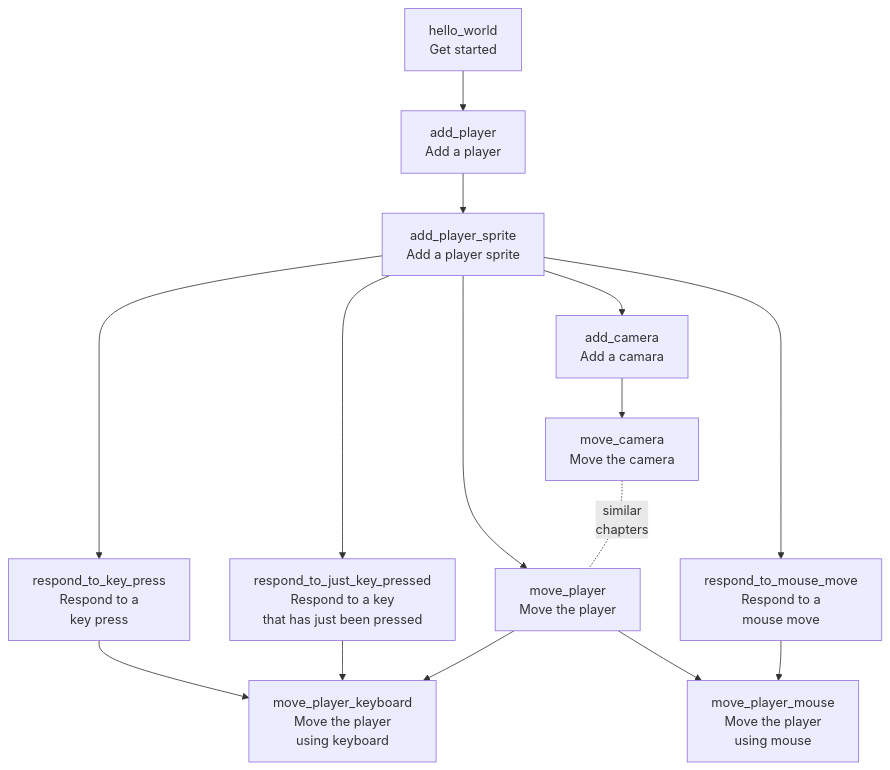
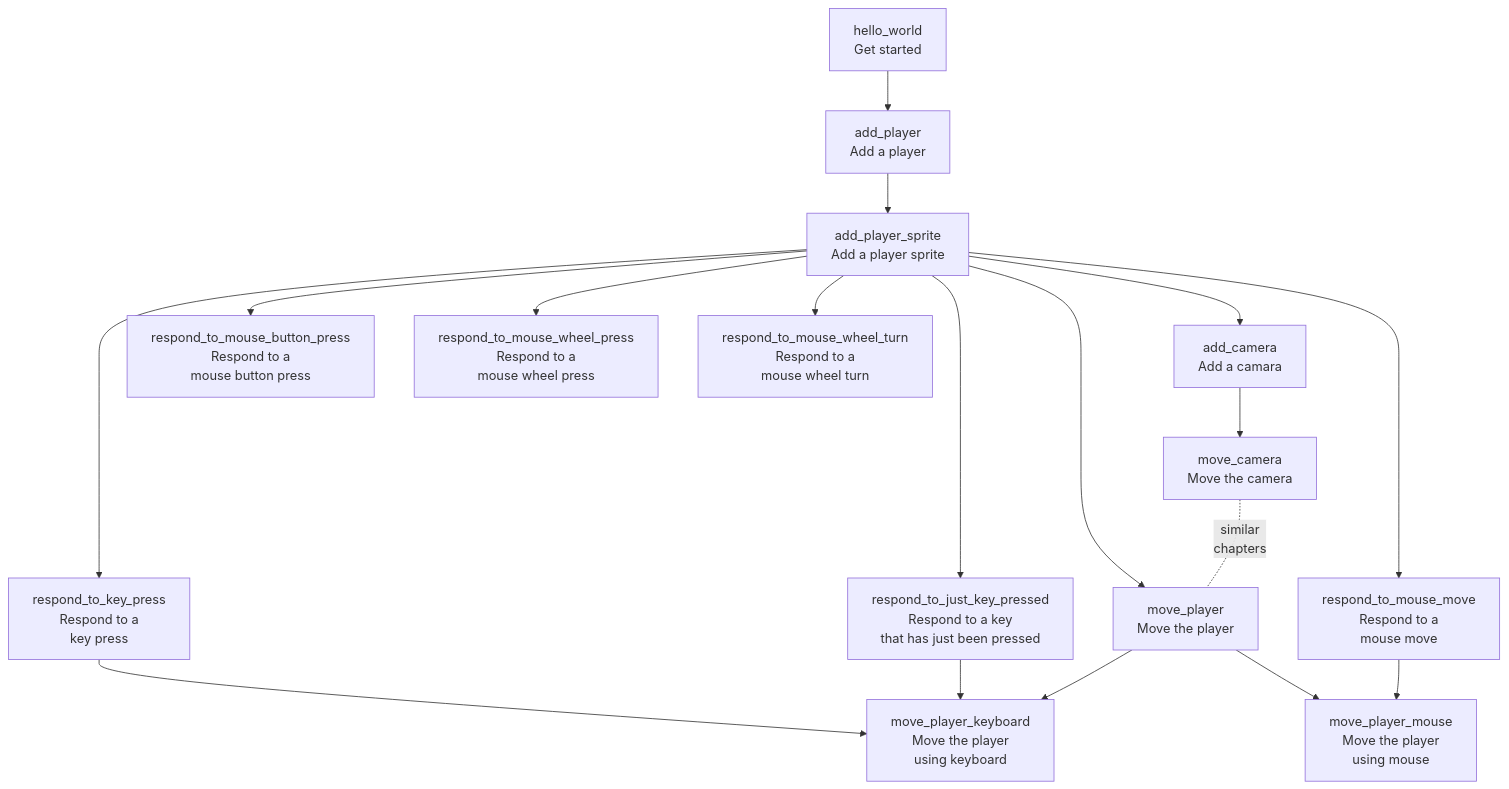
One commit to richelbilderbeek/bevy_tdd_book changed the diagram in README.md. Above: the diagram before and after it, drawn with Mermaid. The commit also changed other lines of this file, not shown here.

Commit message:
Add new chapters

````diff
--- a/README.md
+++ b/README.md
@@ -27,35 +29,42 @@
 ```mermaid
 flowchart TD
-    hello_world[hello_world\nGet started]
-    add_player[add_player\nAdd a player]
-    add_player_sprite[add_player_sprite\nAdd a player sprite]
-    add_camera[add_camera\nAdd a camara]
-    move_camera[move_camera\nMove the camera]
-    move_player[move_player\nMove the player]
-    move_player_keyboard[move_player_keyboard\nMove the player\nusing keyboard]
-    move_player_mouse[move_player_mouse\nMove the player\nusing mouse]
+  hello_world[hello_world\nGet started]
+  add_player[add_player\nAdd a player]
+  add_player_sprite[add_player_sprite\nAdd a player sprite]
+  add_camera[add_camera\nAdd a camara]
+  move_camera[move_camera\nMove the camera]
+  move_player[move_player\nMove the player]
+  move_player_keyboard[move_player_keyboard\nMove the player\nusing keyboard]
+  move_player_mouse[move_player_mouse\nMove the player\nusing mouse]
 
-    respond_to_key_press[respond_to_key_press\nRespond to a\nkey press]
-    respond_to_mouse_move[respond_to_mouse_move\nRespond to a\nmouse move]
-    respond_to_just_key_pressed[respond_to_just_key_pressed\nRespond to a key\nthat has just been pressed]
+  respond_to_key_press[respond_to_key_press\nRespond to a\nkey press]
+  respond_to_mouse_move[respond_to_mouse_move\nRespond to a\nmouse move]
+  respond_to_mouse_button_press[respond_to_mouse_button_press\nRespond to a\nmouse button press]
+  respond_to_mouse_wheel_press[respond_to_mouse_wheel_press\nRespond to a\nmouse wheel press]
+  respond_to_mouse_wheel_turn[respond_to_mouse_wheel_turn\nRespond to a\nmouse wheel turn]
+  respond_to_just_key_pressed[respond_to_just_key_pressed\nRespond to a key\nthat has just been pressed]
 
-    hello_world --> add_player
-    add_player_sprite --> respond_to_key_press
-    add_player_sprite --> respond_to_just_key_pressed
-    add_player_sprite --> respond_to_mouse_move
+  hello_world --> add_player
+  add_player_sprite --> respond_to_key_press
+  add_player_sprite --> respond_to_just_key_pressed
+  add_player_sprite --> respond_to_mouse_move
+  add_player_sprite --> respond_to_mouse_button_press
+  add_player_sprite --> respond_to_mouse_wheel_press
+  add_player_sprite --> respond_to_mouse_wheel_turn
 
-    respond_to_key_press --> move_player_keyboard
-    respond_to_just_key_pressed --> move_player_keyboard
 
-    add_player --> add_player_sprite
-    add_player_sprite --> move_player
-    add_player_sprite --> add_camera
-    add_camera --> move_camera
+  respond_to_key_press --> move_player_keyboard
+  respond_to_just_key_pressed --> move_player_keyboard
 
-    move_camera -.- |similar\nchapters| move_player
+  add_player --> add_player_sprite
+  add_player_sprite --> move_player
+  add_player_sprite --> add_camera
+  add_camera --> move_camera
 
-    move_player --> move_player_keyboard
-    move_player --> move_player_mouse
+  move_camera -.- |similar\nchapters| move_player
 
-    respond_to_mouse_move --> move_player_mouse
+  move_player --> move_player_keyboard
+  move_player --> move_player_mouse
+
+  respond_to_mouse_move --> move_player_mouse
 ```
````
